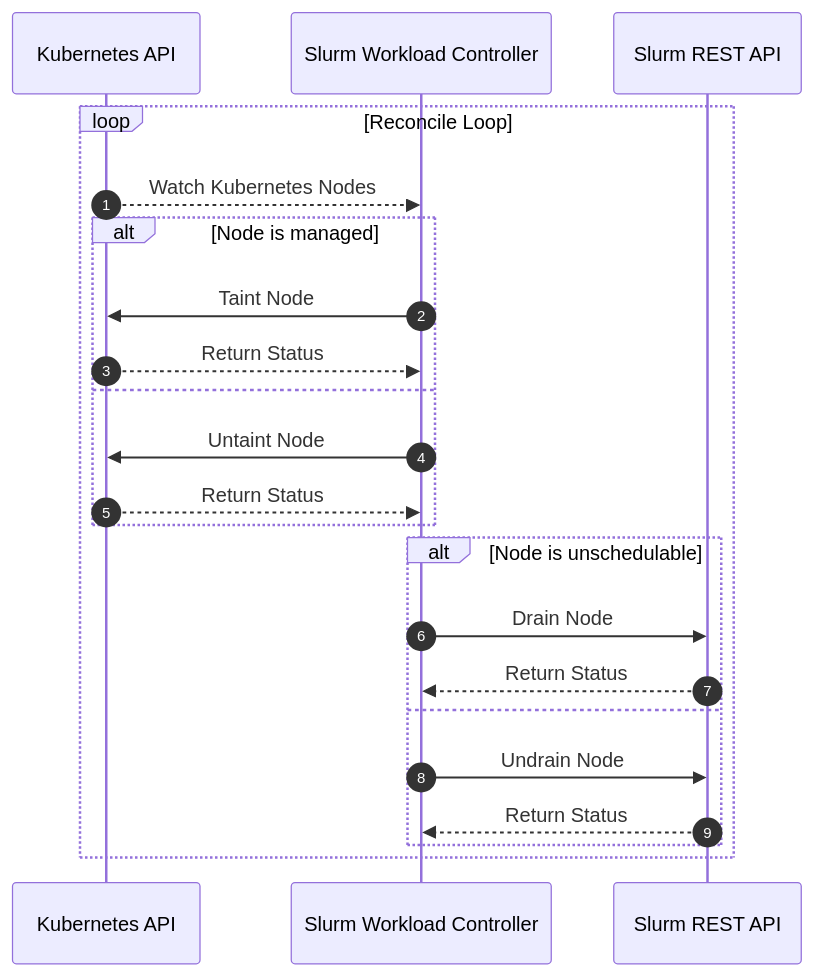
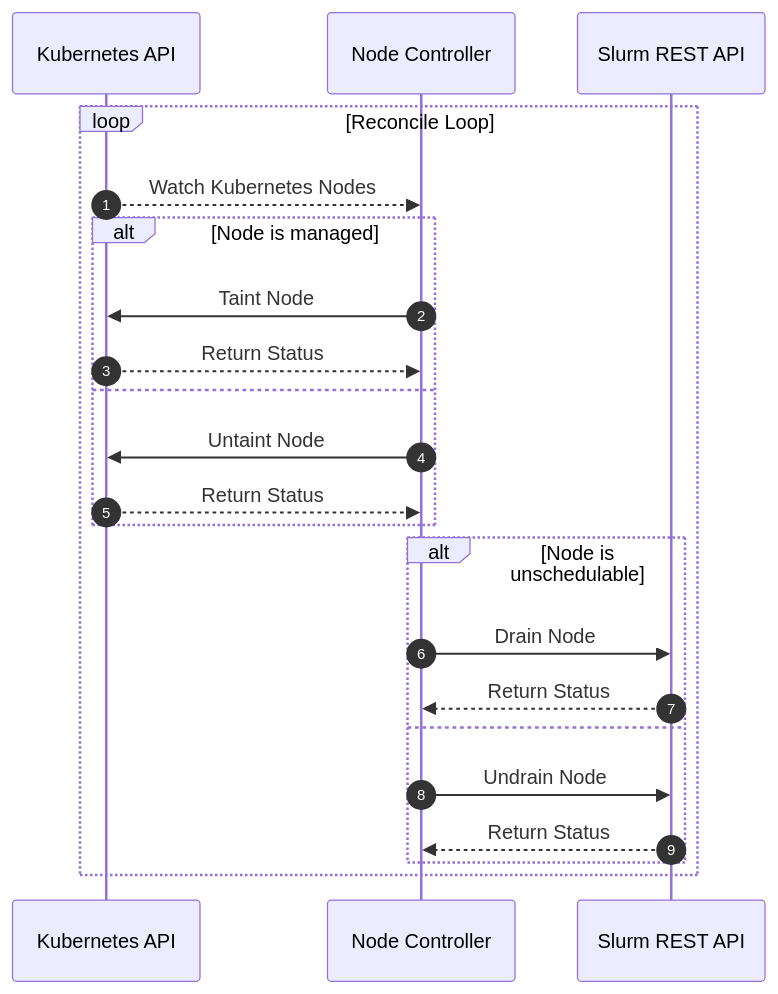
One commit to SlinkyProject/slurm-bridge changed the diagram in docs/controllers.md. Above: the diagram before and after it, drawn with Mermaid. The commit also changed other lines of this file and 4 other files, not shown here.

First line of the commit message:
docs: describe the combined scheduler architecture

````diff
--- a/docs/controllers.md
+++ b/docs/controllers.md
@@ -88,29 +90,29 @@
 ```mermaid
 sequenceDiagram
   autonumber
 
   participant KAPI as Kubernetes API
-  participant SWC as Slurm Workload Controller
+  participant SWC as Node Controller
   participant SAPI as Slurm REST API
 
   loop Reconcile Loop
     KAPI-->>SWC: Watch Kubernetes Nodes
 
     alt Node is managed
       SWC->>KAPI: Taint Node
       KAPI-->>SWC: Return Status
     else
       SWC->>KAPI: Untaint Node
       KAPI-->>SWC: Return Status
     end %% alt Node is managed
 
     alt Node is unschedulable
       SWC->>SAPI: Drain Node
       SAPI-->>SWC: Return Status
     else
       SWC->>SAPI: Undrain Node
       SAPI-->>SWC: Return Status
     end %% alt Node is unschedulable
 
   end %% loop Reconcile Loop
 ```
````
